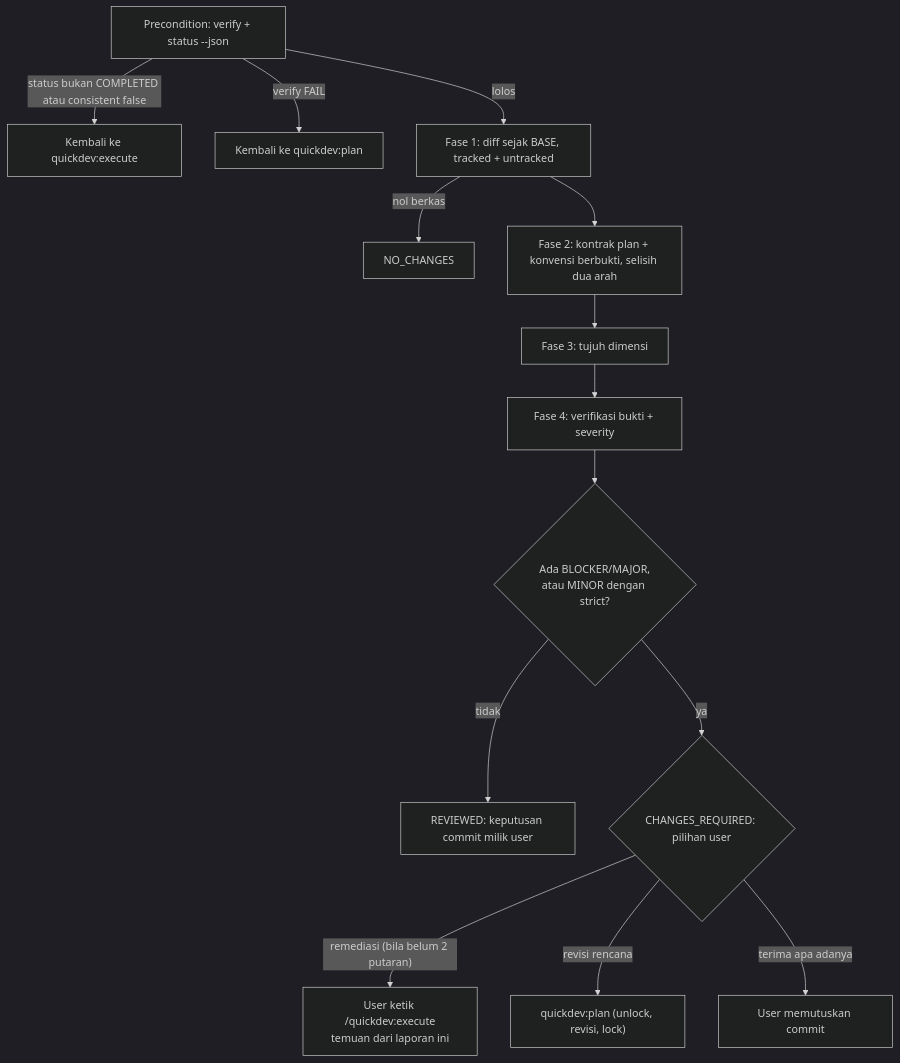
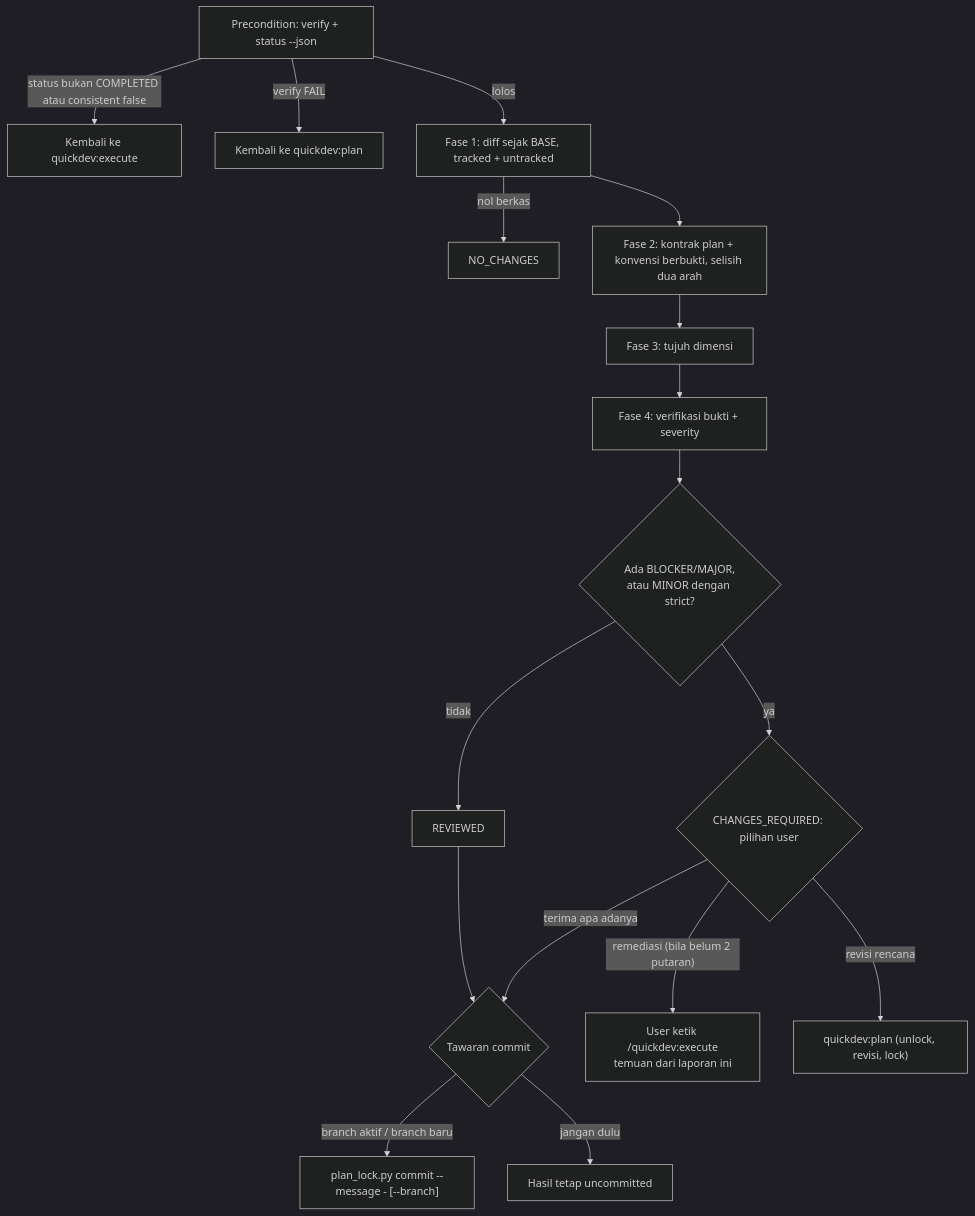
One commit to nataflow/agentic-workflow changed the fourth of 6 diagrams in flow/quickdev.md. Above: the diagram before and after it, drawn with Mermaid (dark theme). The commit also changed other lines of this file and 13 other files, not shown here.

````diff
--- a/flow/quickdev.md
+++ b/flow/quickdev.md
@@ -231,16 +233,19 @@
 ```mermaid
 flowchart TD
     R0["Precondition: verify + status --json"] -->|"status bukan COMPLETED atau consistent false"| BK["Kembali ke quickdev:execute"]
     R0 -->|"verify FAIL"| BP["Kembali ke quickdev:plan"]
     R0 -->|lolos| R1["Fase 1: diff sejak BASE, tracked + untracked"]
     R1 -->|"nol berkas"| NC["NO_CHANGES"]
     R1 --> R2["Fase 2: kontrak plan + konvensi berbukti, selisih dua arah"]
     R2 --> R3["Fase 3: tujuh dimensi"]
     R3 --> R4["Fase 4: verifikasi bukti + severity"]
     R4 --> R5{"Ada BLOCKER/MAJOR,<br/>atau MINOR dengan strict?"}
-    R5 -->|tidak| RV["REVIEWED: keputusan commit milik user"]
+    R5 -->|tidak| RV["REVIEWED"]
+    RV --> OF{"Tawaran commit"}
+    OF -->|"branch aktif / branch baru"| CM["plan_lock.py commit --message - [--branch]"]
+    OF -->|"jangan dulu"| UC["Hasil tetap uncommitted"]
     R5 -->|ya| CR{"CHANGES_REQUIRED: pilihan user"}
     CR -->|"remediasi (bila belum 2 putaran)"| EXE["User ketik /quickdev:execute<br/>temuan dari laporan ini"]
     CR -->|"revisi rencana"| PL["quickdev:plan (unlock, revisi, lock)"]
-    CR -->|"terima apa adanya"| US["User memutuskan commit"]
+    CR -->|"terima apa adanya"| OF
 ```
````
